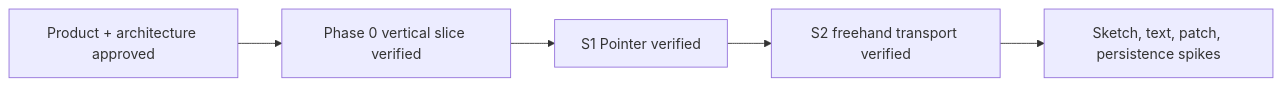
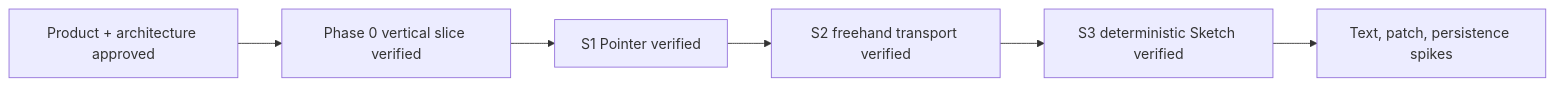
The diagram in docs/.state.md (deweyou/node-ink), drawn with Mermaid before and after one commit. The commit also changed other lines of this file and 17 other files, not shown here.

Commit message:
feat: add deterministic sketch resolver

````diff
--- a/docs/.state.md
+++ b/docs/.state.md
@@ -3,7 +3,8 @@
 ```mermaid
 flowchart LR
     Design["Product + architecture approved"] --> Slice["Phase 0 vertical slice verified"]
     Slice --> Pointer["S1 Pointer verified"]
     Pointer --> Stroke["S2 freehand transport verified"]
-    Stroke --> Spikes["Sketch, text, patch, persistence spikes"]
+    Stroke --> Sketch["S3 deterministic Sketch verified"]
+    Sketch --> Spikes["Text, patch, persistence spikes"]
 ```
````
